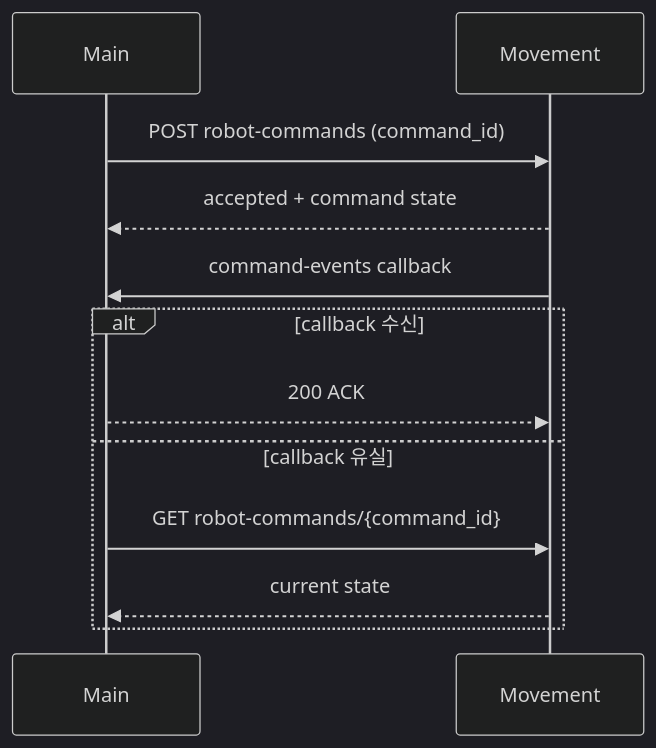
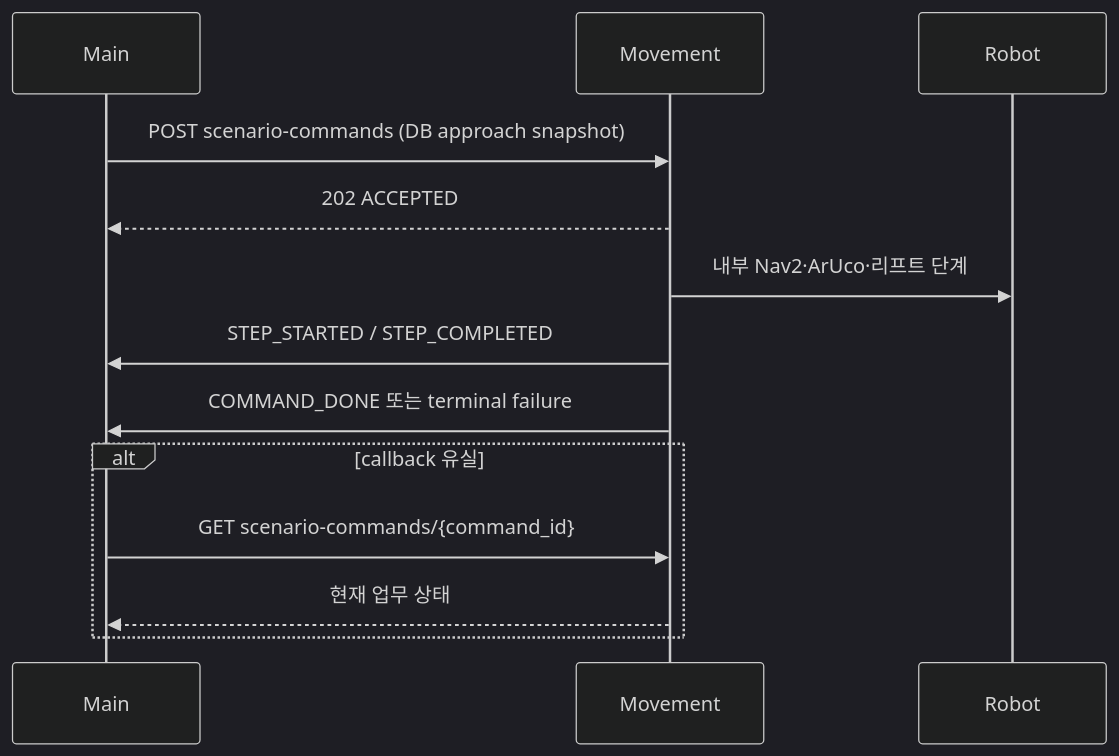
The diagram in main_server/docs/MOVEMENT_SERVER_REQUIREMENTS.md (eduwing-robotics/ros2-ai-amr-repo3), drawn with Mermaid (dark theme) before and after one commit. The commit also changed other lines of this file and 31 other files, not shown here.

````diff
--- a/main_server/docs/MOVEMENT_SERVER_REQUIREMENTS.md
+++ b/main_server/docs/MOVEMENT_SERVER_REQUIREMENTS.md
@@ -43,14 +35,15 @@
 ```mermaid
 sequenceDiagram
   participant M as Main
   participant V as Movement
-  M->>V: POST robot-commands (command_id)
-  V-->>M: accepted + command state
-  V->>M: command-events callback
-  alt callback 수신
-    M-->>V: 200 ACK
-  else callback 유실
-    M->>V: GET robot-commands/{command_id}
-    V-->>M: current state
+  participant R as Robot
+  M->>V: POST scenario-commands (DB approach snapshot)
+  V-->>M: 202 ACCEPTED
+  V->>R: 내부 Nav2·ArUco·리프트 단계
+  V->>M: STEP_STARTED / STEP_COMPLETED
+  V->>M: COMMAND_DONE 또는 terminal failure
+  alt callback 유실
+    M->>V: GET scenario-commands/{command_id}
+    V-->>M: 현재 업무 상태
   end
 ```
````
